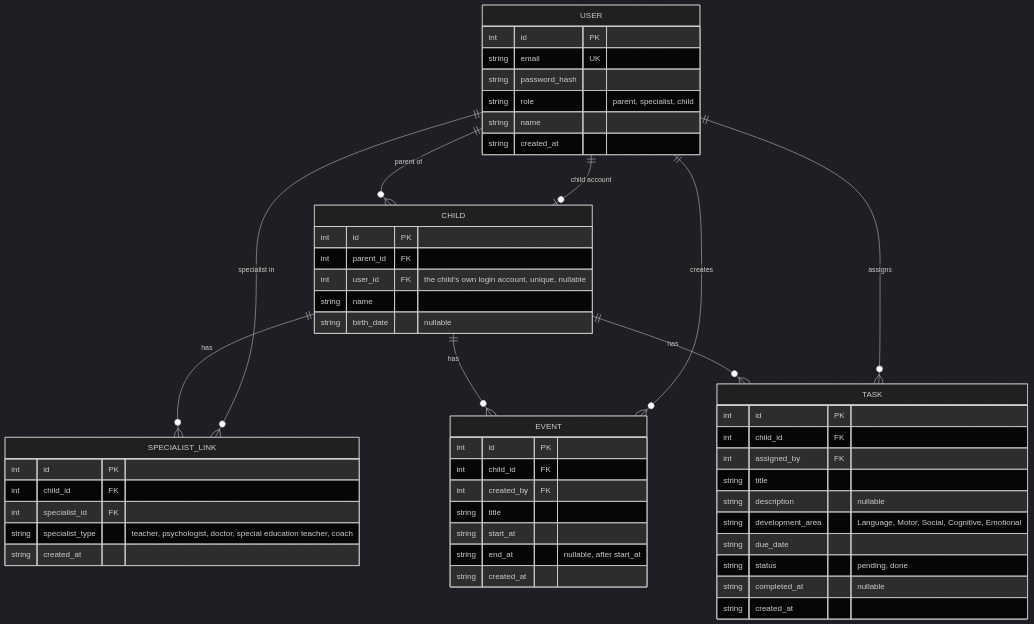
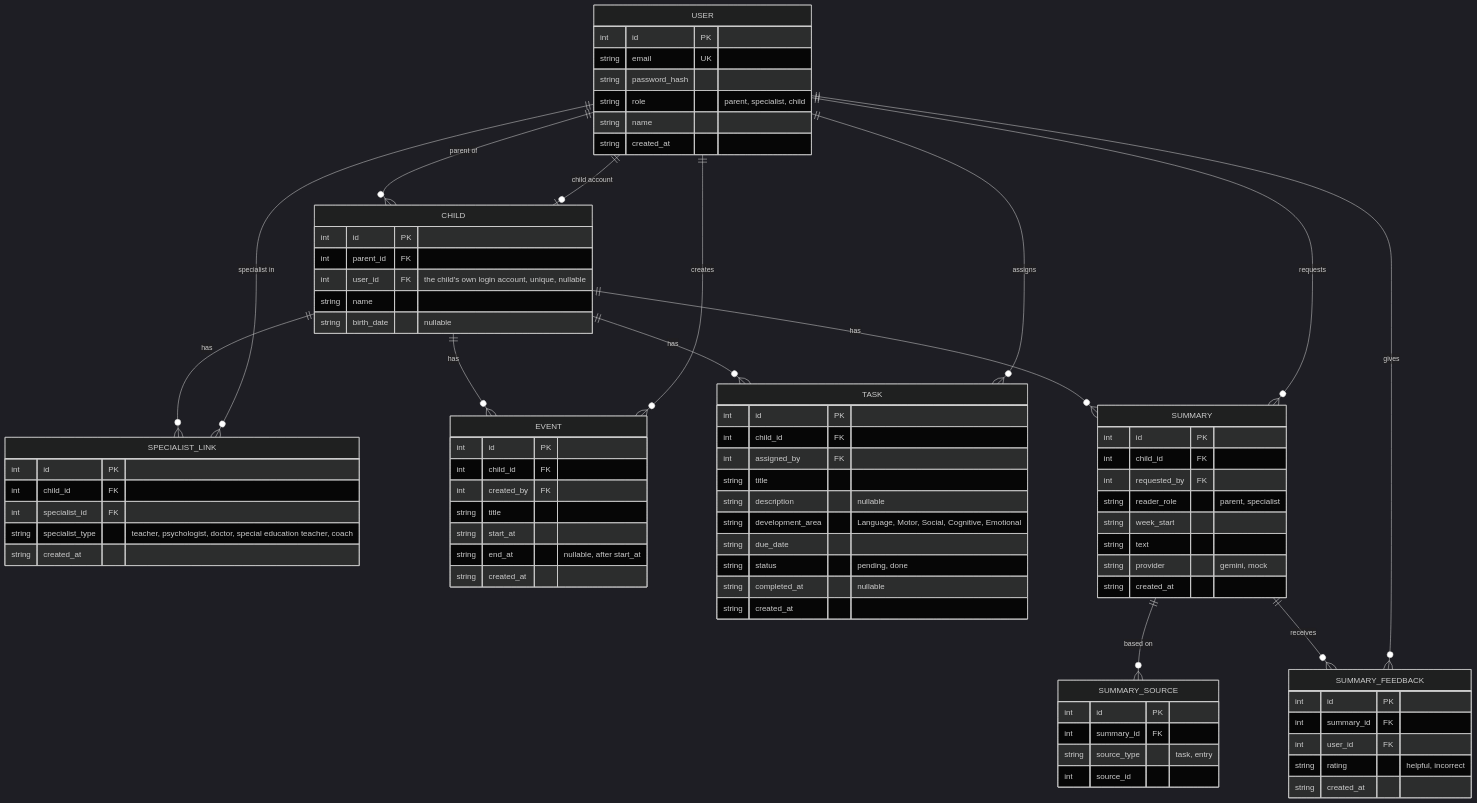
Before and after one commit to Alsoren/child-development-platform: the second of 7 diagrams in docs/SDD.md, drawn with Mermaid (dark theme). The commit also changed 19 other files, not shown here.

Commit message:
SCRUM-68 add summary feedback endpoint and AI summary card with label, sources and feedback

````diff
--- a/docs/SDD.md
+++ b/docs/SDD.md
@@ -77,6 +77,11 @@
     USER ||--o{ EVENT : creates
     CHILD ||--o{ TASK : has
     USER ||--o{ TASK : assigns
+    CHILD ||--o{ SUMMARY : has
+    USER ||--o{ SUMMARY : requests
+    SUMMARY ||--o{ SUMMARY_SOURCE : "based on"
+    SUMMARY ||--o{ SUMMARY_FEEDBACK : receives
+    USER ||--o{ SUMMARY_FEEDBACK : gives
 
     USER {
         int id PK
@@ -121,4 +126,27 @@
         string completed_at "nullable"
         string created_at
     }
+    SUMMARY {
+        int id PK
+        int child_id FK
+        int requested_by FK
+        string reader_role "parent, specialist"
+        string week_start
+        string text
+        string provider "gemini, mock"
+        string created_at
+    }
+    SUMMARY_SOURCE {
+        int id PK
+        int summary_id FK
+        string source_type "task, entry"
+        int source_id
+    }
+    SUMMARY_FEEDBACK {
+        int id PK
+        int summary_id FK
+        int user_id FK
+        string rating "helpful, incorrect"
+        string created_at
+    }
 ```
````
